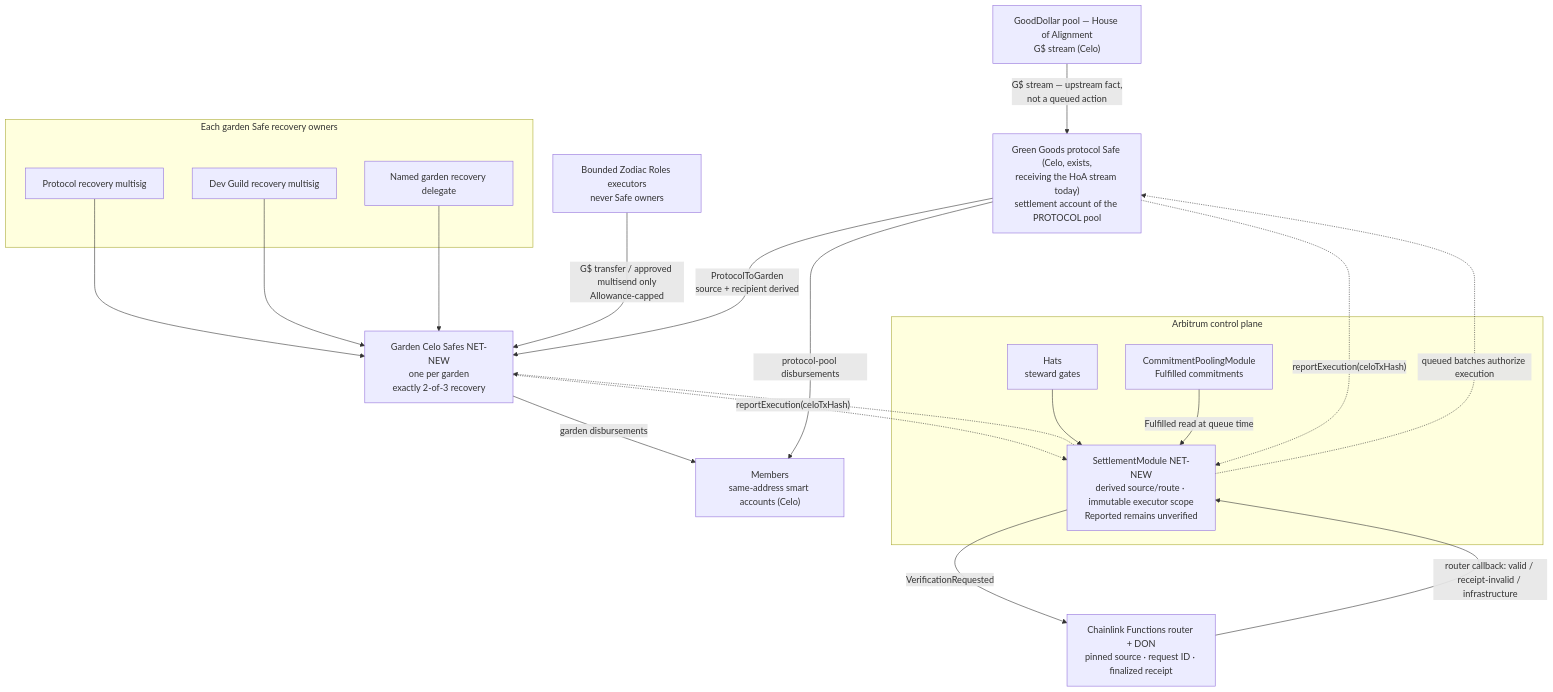
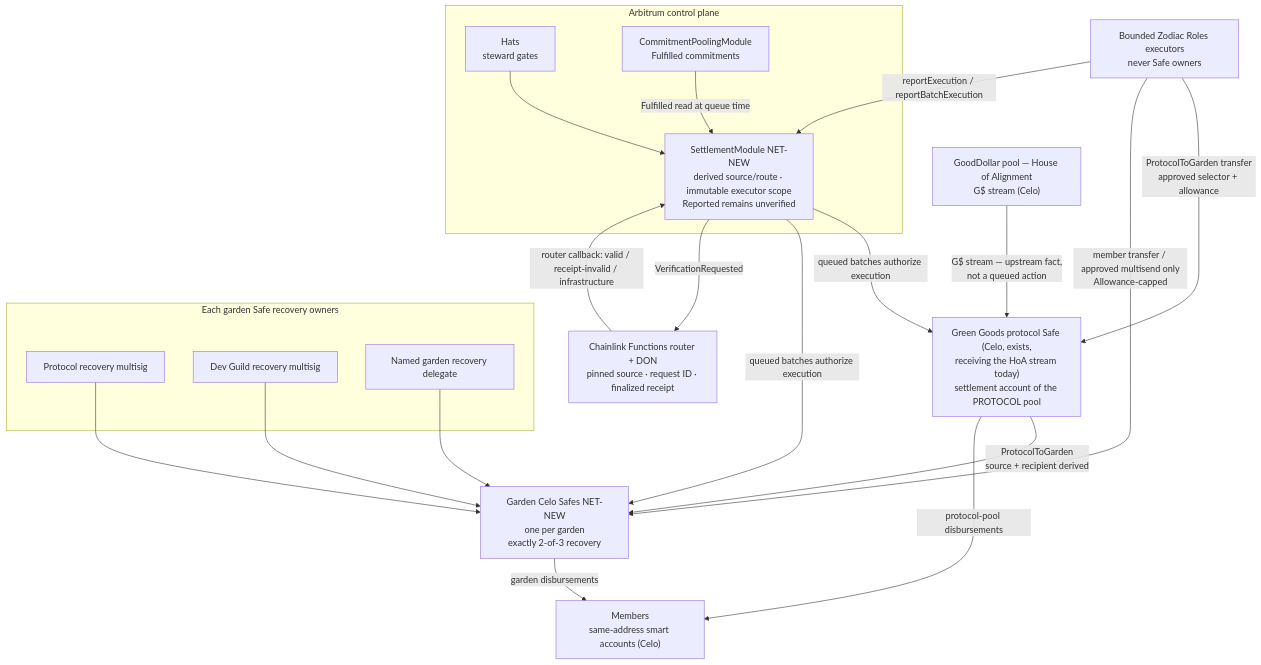
Diagram 14 of 20 in .plans/active/commitment-pooling/diagrams.md (greenpill-dev-guild/green-goods), drawn with Mermaid before and after one commit. The commit also changed other lines of this file and 13 other files, not shown here.

````diff
--- a/.plans/active/commitment-pooling/diagrams.md
+++ b/.plans/active/commitment-pooling/diagrams.md
@@ -657,39 +781,39 @@
 ```mermaid
 flowchart TD
   HOA["GoodDollar pool — House of Alignment<br/>G$ stream (Celo)"]
   GG["Green Goods protocol Safe (Celo, exists,<br/>receiving the HoA stream today)<br/>settlement account of the PROTOCOL pool"]
   GS["Garden Celo Safes NET-NEW<br/>one per garden<br/>exactly 2-of-3 recovery"]
   MEM["Members<br/>same-address smart accounts (Celo)"]
 
   subgraph OWN["Each garden Safe recovery owners"]
     PM["Protocol recovery multisig"]
     DM["Dev Guild recovery multisig"]
     GR["Named garden recovery delegate"]
   end
   EX["Bounded Zodiac Roles executors<br/>never Safe owners"]
 
   subgraph ARB["Arbitrum control plane"]
     HATS["Hats<br/>steward gates"]
     CPM2["CommitmentPoolingModule<br/>Fulfilled commitments"]
     SM["SettlementModule NET-NEW<br/>derived source/route · immutable executor scope<br/>Reported remains unverified"]
   end
   CL["Chainlink Functions router + DON<br/>pinned source · request ID · finalized receipt"]
 
   HOA -->|"G$ stream — upstream fact,<br/>not a queued action"| GG
   GG -->|"ProtocolToGarden<br/>source + recipient derived"| GS
   GG -->|"protocol-pool disbursements"| MEM
   GS -->|"garden disbursements"| MEM
 
   HATS --> SM
   CPM2 -->|"Fulfilled read at queue time"| SM
-  SM -. "queued batches authorize execution" .-> GG
-  SM -. " " .-> GS
-  GG -. "reportExecution(celoTxHash)" .-> SM
-  GS -. "reportExecution(celoTxHash)" .-> SM
+  SM -->|"queued batches authorize execution"| GG
+  SM -->|"queued batches authorize execution"| GS
   SM -->|"VerificationRequested"| CL
   CL -->|"router callback: valid / receipt-invalid / infrastructure"| SM
   PM --> GS
   DM --> GS
   GR --> GS
-  EX -->|"G$ transfer / approved multisend only<br/>Allowance-capped"| GS
+  EX -->|"ProtocolToGarden transfer<br/>approved selector + allowance"| GG
+  EX -->|"member transfer / approved multisend only<br/>Allowance-capped"| GS
+  EX -->|"reportExecution / reportBatchExecution"| SM
 ```
````
